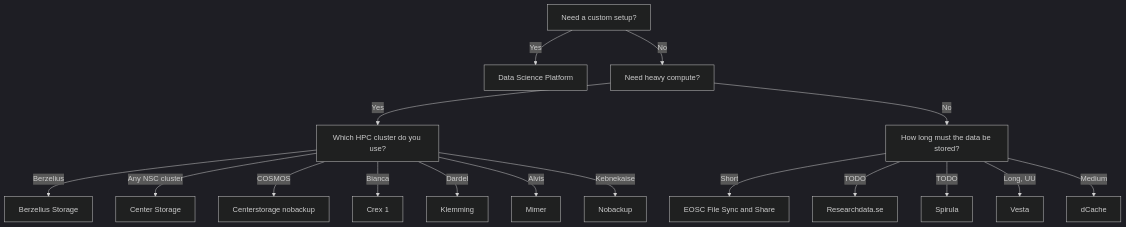
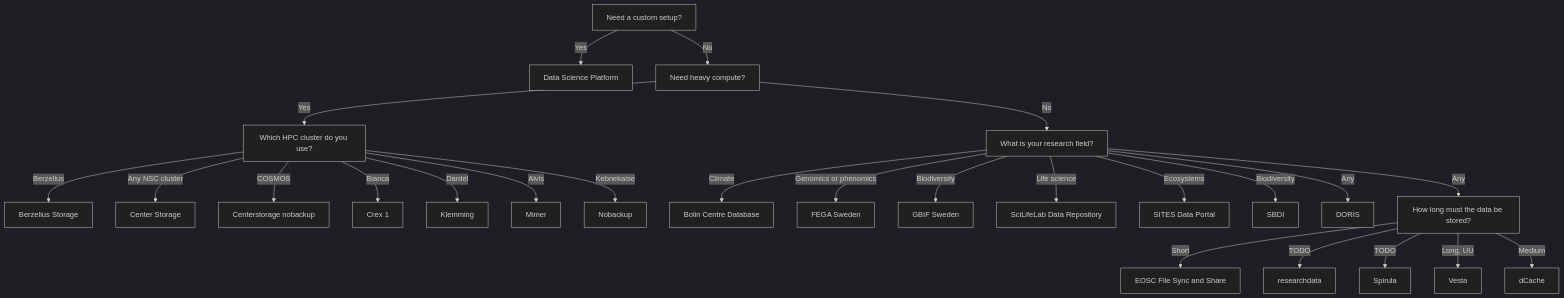
The diagram in docs/storage_1.md (NBISweden/SCoRe_user_doc), drawn with Mermaid (dark theme) before and after one commit. The commit also changed 12 other files, not shown here.

````diff
--- a/docs/storage_1.md
+++ b/docs/storage_1.md
@@ -15,41 +15,60 @@
 ```mermaid
 flowchart TD
 
   berzelius_storage[Berzelius Storage]
   center_storage[Center Storage]
   centerstorage_nobackup[Centerstorage nobackup]
   crex_1[Crex 1]
   data_science_platform[Data Science Platform]
   dcache[dCache]
   eosc_file_sync_and_share[EOSC File Sync and Share]
   klemming[Klemming]
   mimer[Mimer]
   nobackup[Nobackup]
-  researchdata[Researchdata.se]
   spirula[Spirula]
   vesta[Vesta]
+
+  bolin_centre_database[Bolin Centre Database]
+  fega_sweden[FEGA Sweden]
+  gbif_sweden[GBIF Sweden]
+  sll_data_repository[SciLifeLab Data Repository]
+  sites_data_portal[SITES Data Portal]
+  sbdi[SBDI]
+  doris[DORIS]
 
   question_custom_rs[Need a custom setup?]
   question_custom_rs --> |Yes| data_science_platform
   question_custom_rs --> |No| question_heavy_compute
 
   question_heavy_compute[Need heavy compute?]
   question_heavy_compute --> |Yes| question_hpc_cluster
-  question_heavy_compute --> |No| question_storage_time
+  question_heavy_compute --> |No| question_research_field
 
   question_hpc_cluster[Which HPC cluster do you use?]
   question_hpc_cluster --> |Berzelius| berzelius_storage
   question_hpc_cluster --> |Any NSC cluster| center_storage
   question_hpc_cluster --> |COSMOS| centerstorage_nobackup
   question_hpc_cluster --> |Bianca| crex_1
   question_hpc_cluster --> |Dardel| klemming
   question_hpc_cluster --> |Alvis| mimer
   question_hpc_cluster --> |Kebnekaise| nobackup
 
+  question_research_field[What is your research field?]
+  question_research_field --> |Climate| bolin_centre_database
+  question_research_field --> |Genomics or phenomics| fega_sweden
+  question_research_field --> |Biodiversity| gbif_sweden
+  question_research_field --> |Biodiversity| sbdi
+  question_research_field --> |Life science| sll_data_repository
+  question_research_field --> |Ecosystems| sites_data_portal
+  question_research_field --> |Any| doris
+
+  question_research_field --> |Any| question_storage_time
+
+
   question_storage_time[How long must the data be stored?]
   question_storage_time --> |Short| eosc_file_sync_and_share
   question_storage_time --> |TODO| researchdata
   question_storage_time --> |TODO| spirula
   question_storage_time --> |Long, UU| vesta
   question_storage_time --> |Medium| dcache
 ```
````
